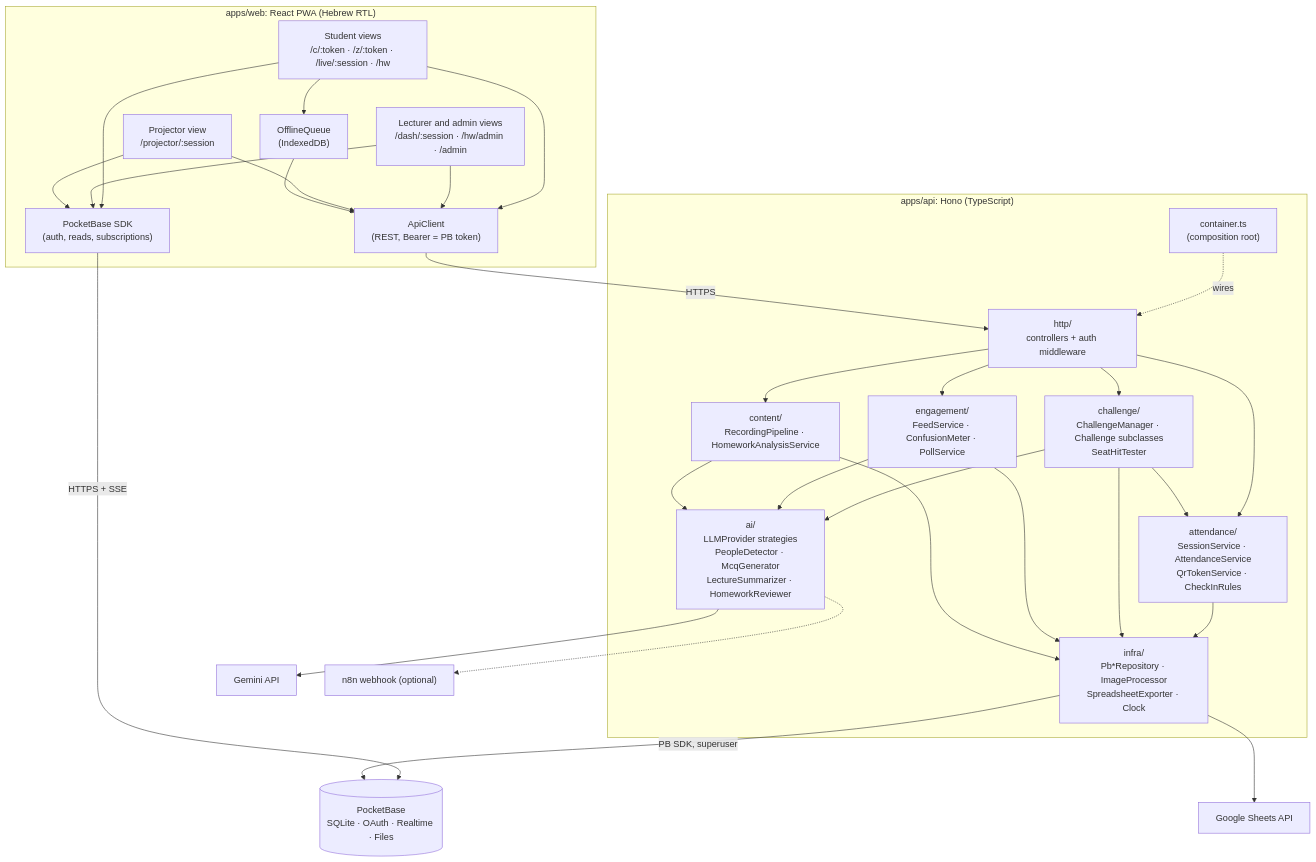
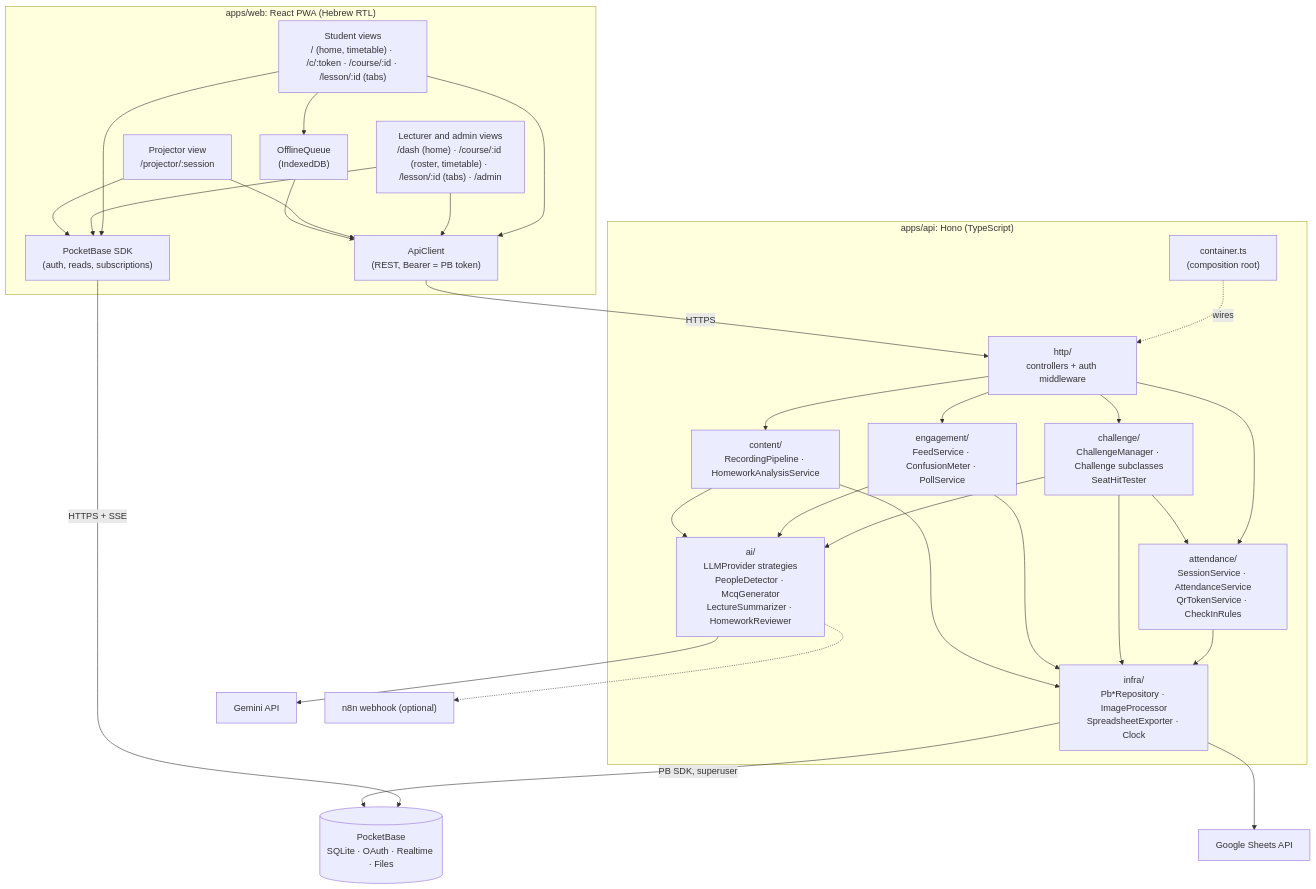
Before and after one commit to GiladApel/classpulse: the diagram in docs/05-components.md, drawn with Mermaid.

Commit message:
docs(sdd): component diagram routes for home, course and lesson pages

````diff
--- a/docs/05-components.md
+++ b/docs/05-components.md
@@ -5,42 +5,42 @@
 ```mermaid
 flowchart TB
   subgraph Client["apps/web: React PWA (Hebrew RTL)"]
-    SV["Student views<br/>/c/:token · /z/:token · /live/:session · /hw"]
-    LV["Lecturer and admin views<br/>/dash/:session · /hw/admin · /admin"]
+    SV["Student views<br/>/ (home, timetable) · /c/:token · /course/:id · /lesson/:id (tabs)"]
+    LV["Lecturer and admin views<br/>/dash (home) · /course/:id (roster, timetable) · /lesson/:id (tabs) · /admin"]
     PV["Projector view<br/>/projector/:session"]
     APIC["ApiClient<br/>(REST, Bearer = PB token)"]
     PBC["PocketBase SDK<br/>(auth, reads, subscriptions)"]
     OQ["OfflineQueue<br/>(IndexedDB)"]
     SV & LV & PV --> APIC
     SV & LV & PV --> PBC
     SV --> OQ --> APIC
   end
 
   subgraph API["apps/api: Hono (TypeScript)"]
     HTTP["http/<br/>controllers + auth middleware"]
     ATT["attendance/<br/>SessionService · AttendanceService<br/>QrTokenService · CheckInRules"]
     CH["challenge/<br/>ChallengeManager · Challenge subclasses<br/>SeatHitTester"]
     ENG["engagement/<br/>FeedService · ConfusionMeter · PollService"]
     CON["content/<br/>RecordingPipeline · HomeworkAnalysisService"]
     AI["ai/<br/>LLMProvider strategies<br/>PeopleDetector · McqGenerator<br/>LectureSummarizer · HomeworkReviewer"]
     INF["infra/<br/>Pb*Repository · ImageProcessor<br/>SpreadsheetExporter · Clock"]
     ROOT["container.ts<br/>(composition root)"]
     HTTP --> ATT & CH & ENG & CON
     CH --> ATT
     CH & ENG & CON --> AI
     ATT & CH & ENG & CON --> INF
     ROOT -.wires.-> HTTP
   end
 
   PB[("PocketBase<br/>SQLite · OAuth · Realtime · Files")]
   GEM["Gemini API"]
   N8N["n8n webhook (optional)"]
   GS["Google Sheets API"]
 
   APIC -->|HTTPS| HTTP
   PBC -->|HTTPS + SSE| PB
   INF -->|PB SDK, superuser| PB
   AI --> GEM
   AI -.-> N8N
   INF --> GS
 ```
````
